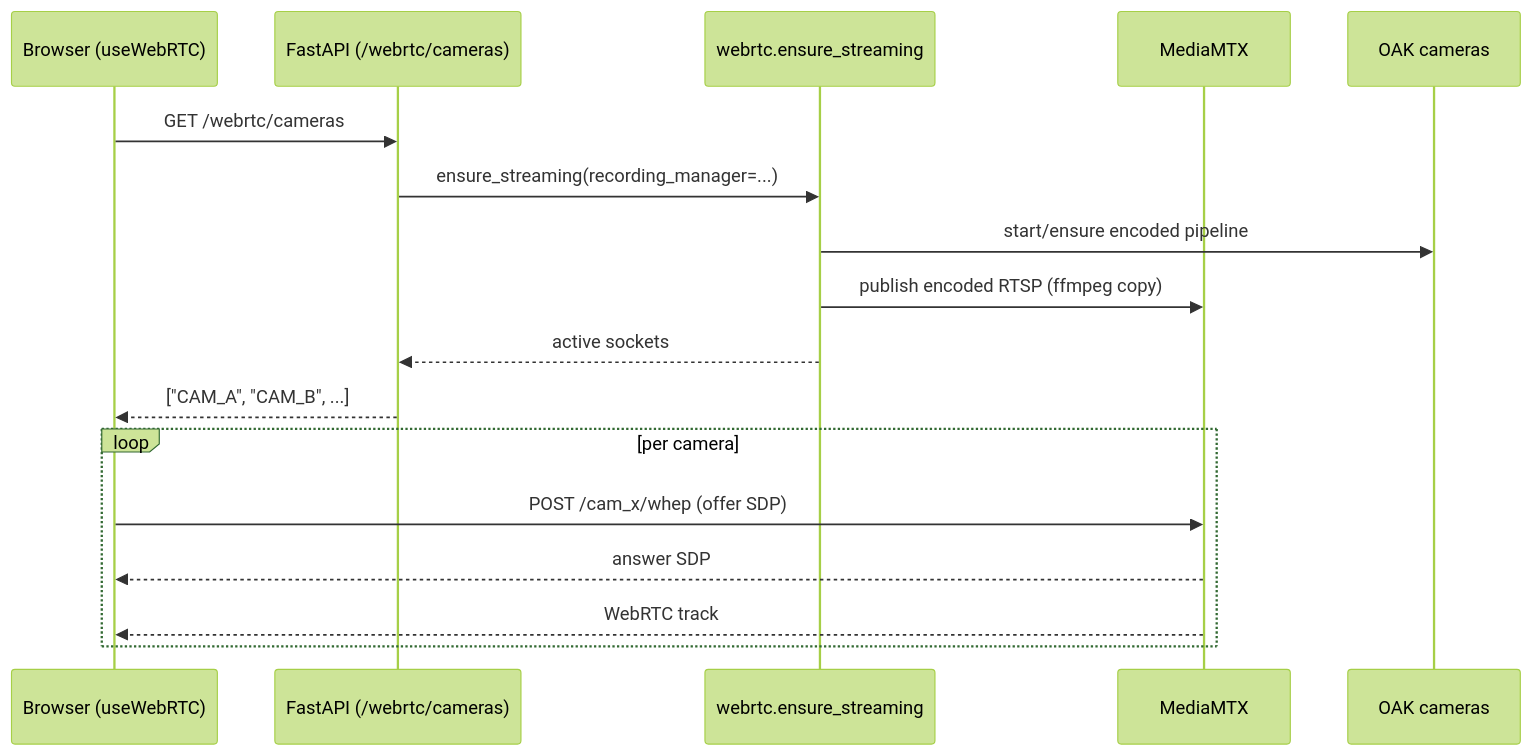
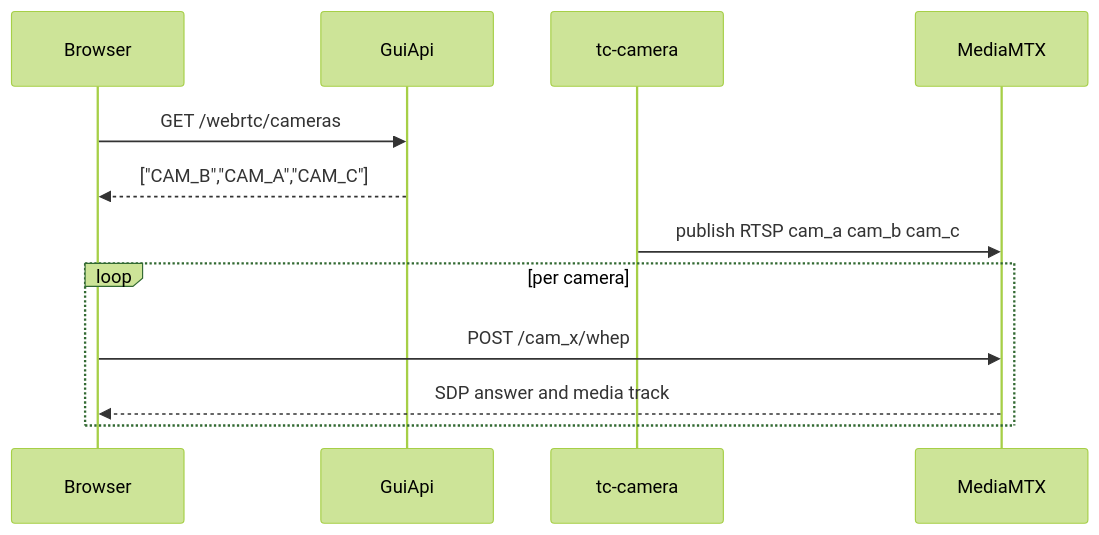
One commit to xdaumich/learn-gui changed the second of 2 diagrams in docs/infra.md. Above: the diagram before and after it, drawn with Mermaid (forest theme). The commit also changed other lines of this file and 4 other files, not shown here.

First line of the commit message:
docs: refresh split-runner architecture and milestone status

````diff
--- a/docs/infra.md
+++ b/docs/infra.md
@@ -105,21 +79,15 @@
 ```mermaid
 sequenceDiagram
-  participant UI as Browser (useWebRTC)
-  participant API as FastAPI (/webrtc/cameras)
-  participant RELAY as webrtc.ensure_streaming
+  participant Browser as Browser
+  participant GuiApi as GuiApi
+  participant CameraRunner as tc-camera
   participant MTX as MediaMTX
-  participant CAM as OAK cameras
 
-  UI->>API: GET /webrtc/cameras
-  API->>RELAY: ensure_streaming(recording_manager=...)
-  RELAY->>CAM: start/ensure encoded pipeline
-  RELAY->>MTX: publish encoded RTSP (ffmpeg copy)
-  RELAY-->>API: active sockets
-  API-->>UI: ["CAM_A", "CAM_B", ...]
-
+  Browser->>GuiApi: GET /webrtc/cameras
+  GuiApi-->>Browser: ["CAM_B","CAM_A","CAM_C"]
+  CameraRunner->>MTX: publish RTSP cam_a cam_b cam_c
   loop per camera
-    UI->>MTX: POST /cam_x/whep (offer SDP)
-    MTX-->>UI: answer SDP
-    MTX-->>UI: WebRTC track
+    Browser->>MTX: POST /cam_x/whep
+    MTX-->>Browser: SDP answer and media track
   end
 ```
````
